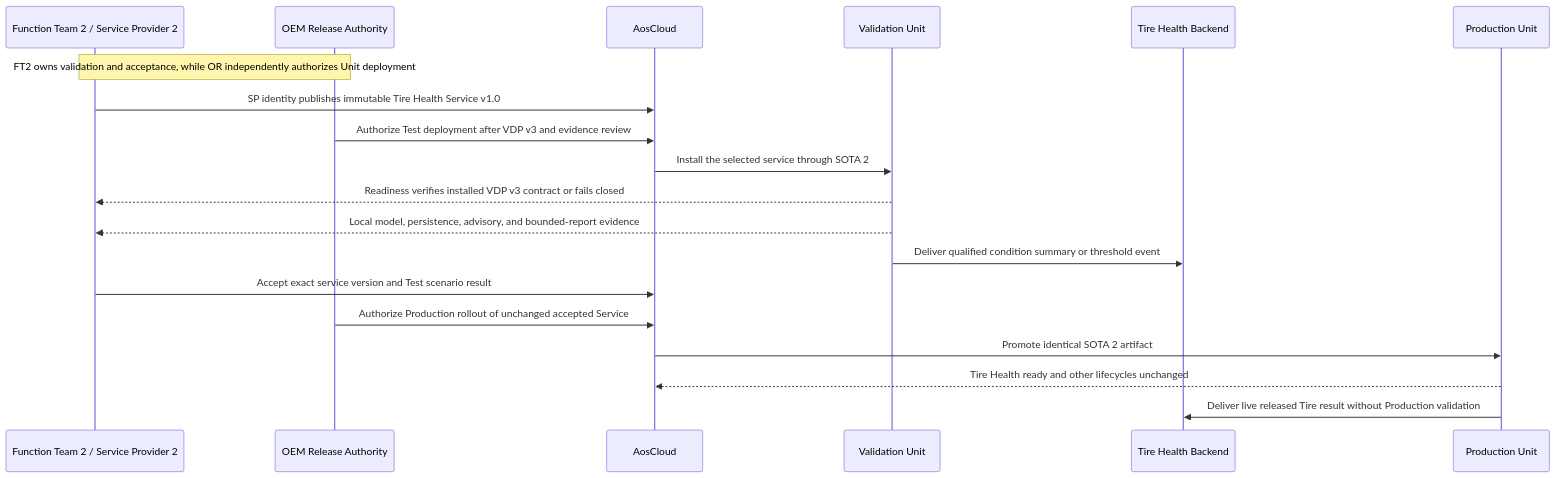
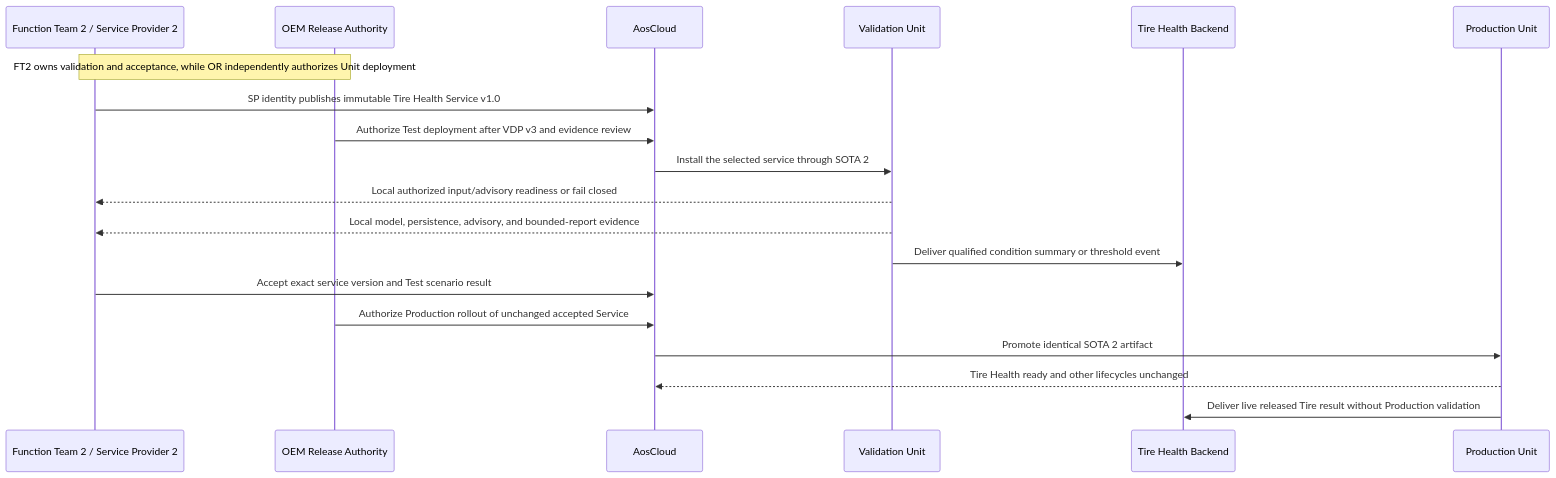
One commit to alexmaninblack/aosedge-sdv-demo changed diagram 17 of 22 in docs/architecture/demo-scenario-architecture-flows.md. Above: the diagram before and after it, drawn with Mermaid. The commit also changed other lines of this file and 55 other files, not shown here.

````diff
--- a/docs/architecture/demo-scenario-architecture-flows.md
+++ b/docs/architecture/demo-scenario-architecture-flows.md
@@ -1265,22 +1267,22 @@
 ```mermaid
 sequenceDiagram
     participant FT2 as Function Team 2 / Service Provider 2
     participant OR as OEM Release Authority
     participant AC as AosCloud
     participant VU as Validation Unit
     participant TB as Tire Health Backend
     participant PU as Production Unit
 
     Note over FT2,OR: FT2 owns validation and acceptance, while OR independently authorizes Unit deployment
     FT2->>AC: SP identity publishes immutable Tire Health Service v1.0
     OR->>AC: Authorize Test deployment after VDP v3 and evidence review
     AC->>VU: Install the selected service through SOTA 2
-    VU-->>FT2: Readiness verifies installed VDP v3 contract or fails closed
+    VU-->>FT2: Local authorized input/advisory readiness or fail closed
     VU-->>FT2: Local model, persistence, advisory, and bounded-report evidence
     VU->>TB: Deliver qualified condition summary or threshold event
     FT2->>AC: Accept exact service version and Test scenario result
     OR->>AC: Authorize Production rollout of unchanged accepted Service
     AC->>PU: Promote identical SOTA 2 artifact
     PU-->>AC: Tire Health ready and other lifecycles unchanged
     PU->>TB: Deliver live released Tire result without Production validation
 ```
````
